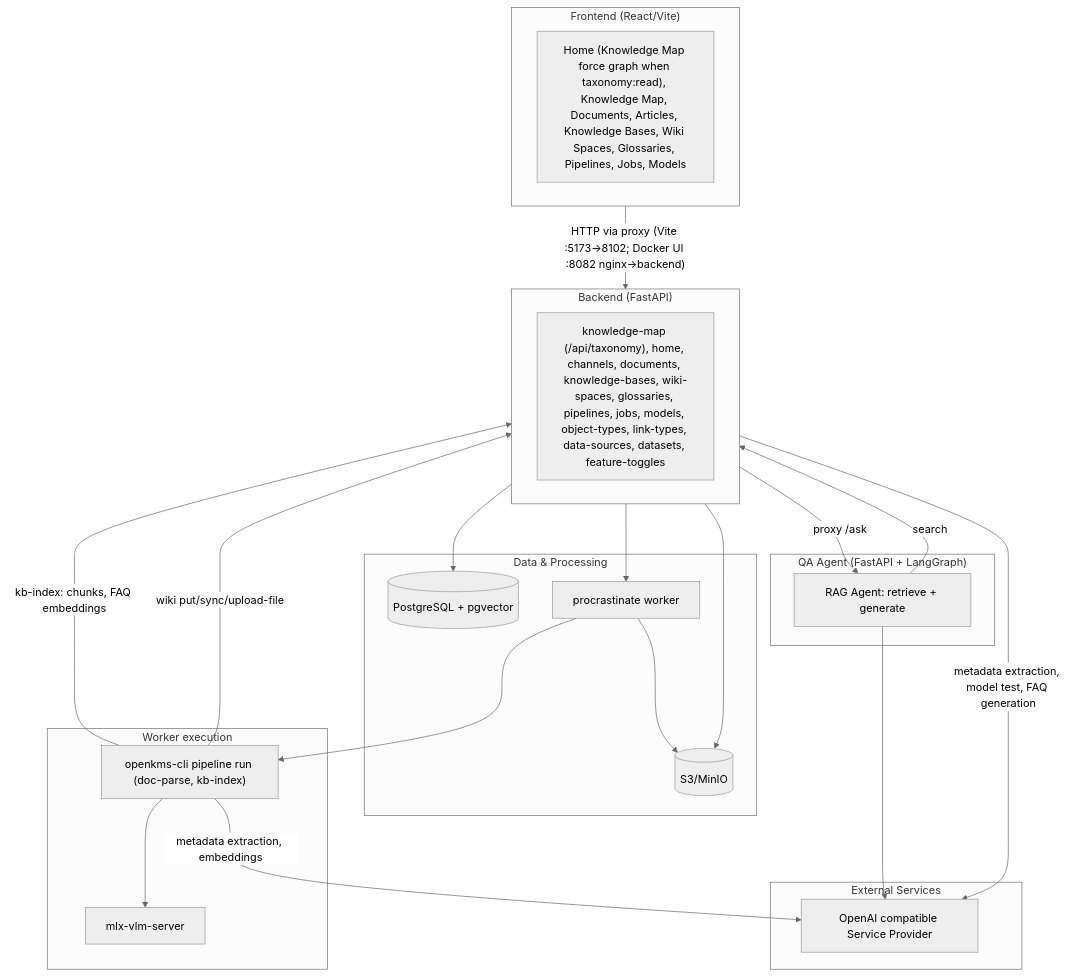
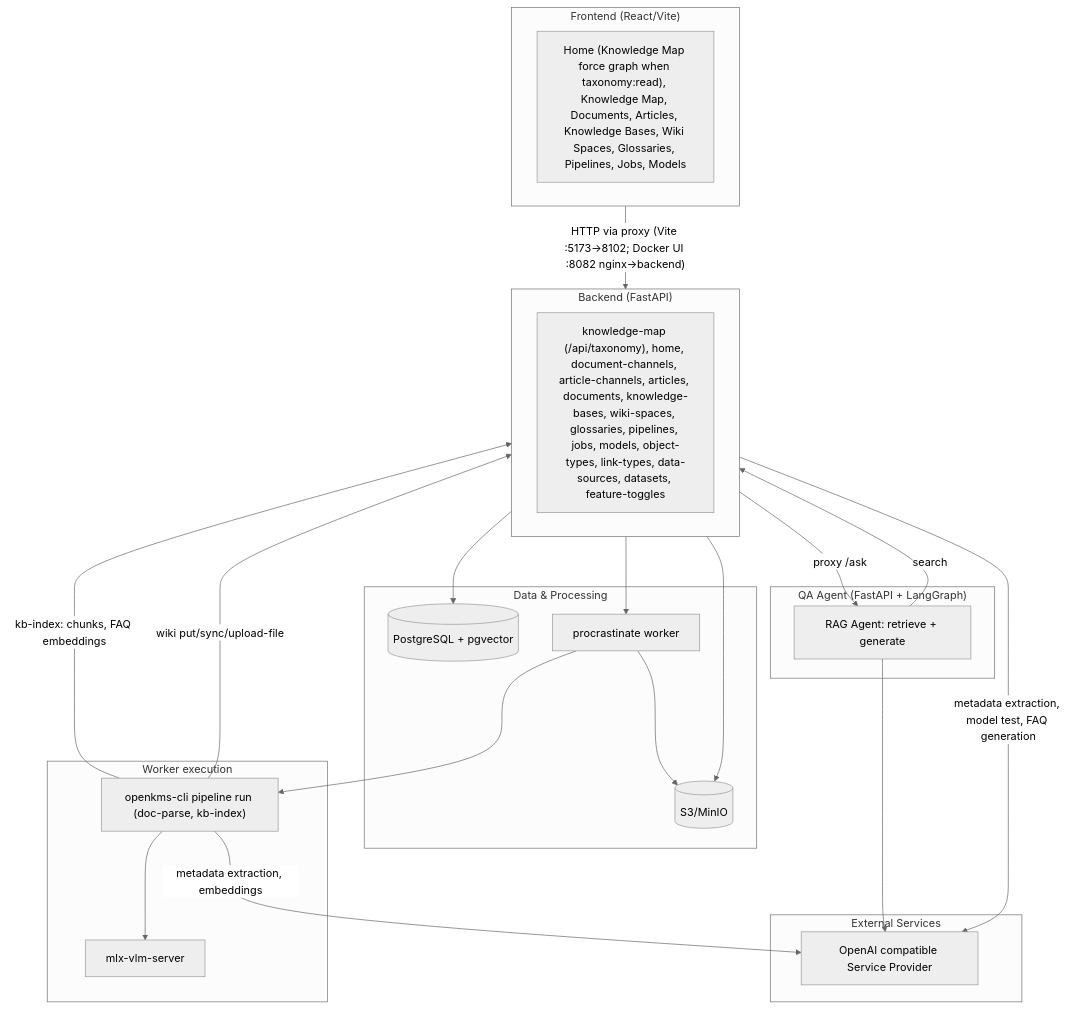
Before and after one commit to yingrui/openKMS: the first of 5 diagrams in docs/architecture.md, drawn with Mermaid (neutral theme). The commit also changed other lines of this file and 49 other files, not shown here.

First line of the commit message:
feat(articles): article channels, CRUD APIs, and document-style SPA

````diff
--- a/docs/architecture.md
+++ b/docs/architecture.md
@@ -7,44 +7,44 @@
 ```mermaid
 flowchart TB
   subgraph Frontend["Frontend (React/Vite)"]
     FE["Home (Knowledge Map force graph when taxonomy:read), Knowledge Map, Documents, Articles, Knowledge Bases, Wiki Spaces, Glossaries, Pipelines, Jobs, Models"]
   end
 
   subgraph Backend["Backend (FastAPI)"]
-    API["knowledge-map (/api/taxonomy), home, channels, documents, knowledge-bases, wiki-spaces, glossaries, pipelines, jobs, models, object-types, link-types, data-sources, datasets, feature-toggles"]
+    API["knowledge-map (/api/taxonomy), home, document-channels, article-channels, articles, documents, knowledge-bases, wiki-spaces, glossaries, pipelines, jobs, models, object-types, link-types, data-sources, datasets, feature-toggles"]
   end
 
   subgraph Storage["Data & Processing"]
     PG[("PostgreSQL + pgvector")]
     S3[(S3/MinIO)]
     Worker["procrastinate worker"]
   end
 
   subgraph WorkerDetail["Worker execution"]
     CLI["openkms-cli pipeline run (doc-parse, kb-index)"]
     VLM["mlx-vlm-server"]
   end
 
   subgraph QAAgent["QA Agent (FastAPI + LangGraph)"]
     Agent["RAG Agent: retrieve + generate"]
   end
 
   subgraph External["External Services"]
     LLM["OpenAI compatible Service Provider"]
   end
 
   Frontend -->|"HTTP via proxy (Vite :5173→8102; Docker UI :8082 nginx→backend)"| Backend
   Backend --> PG
   Backend --> S3
   Backend --> Worker
   Backend -->|metadata extraction, model test, FAQ generation| LLM
   Backend -->|proxy /ask| Agent
   Agent -->|search| Backend
   Agent --> LLM
   Worker --> S3
   Worker --> CLI
   CLI --> VLM
   CLI -->|metadata extraction, embeddings| LLM
   CLI -->|kb-index: chunks, FAQ embeddings| Backend
   CLI -->|wiki put/sync/upload-file| Backend
 ```
````
